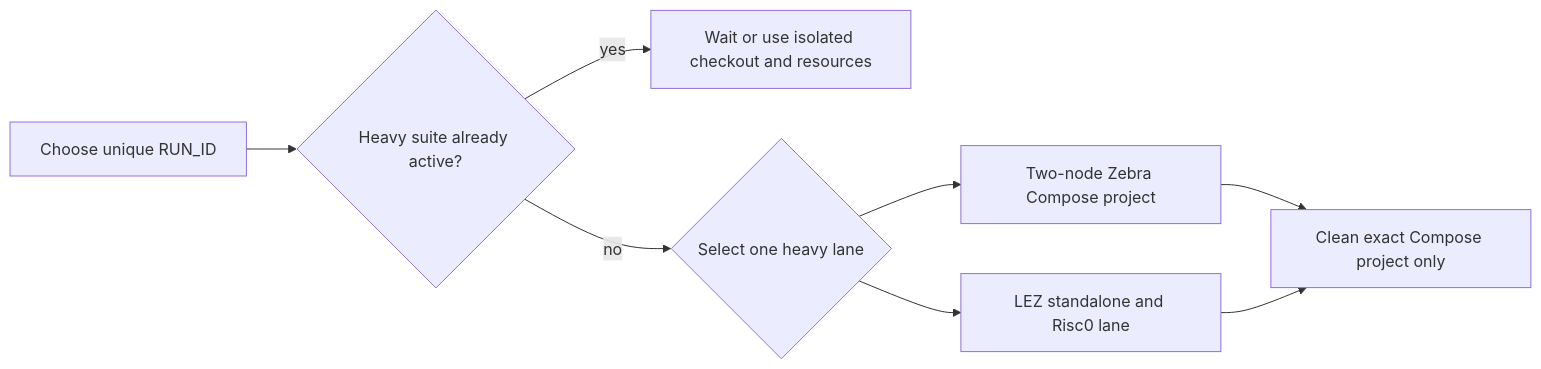
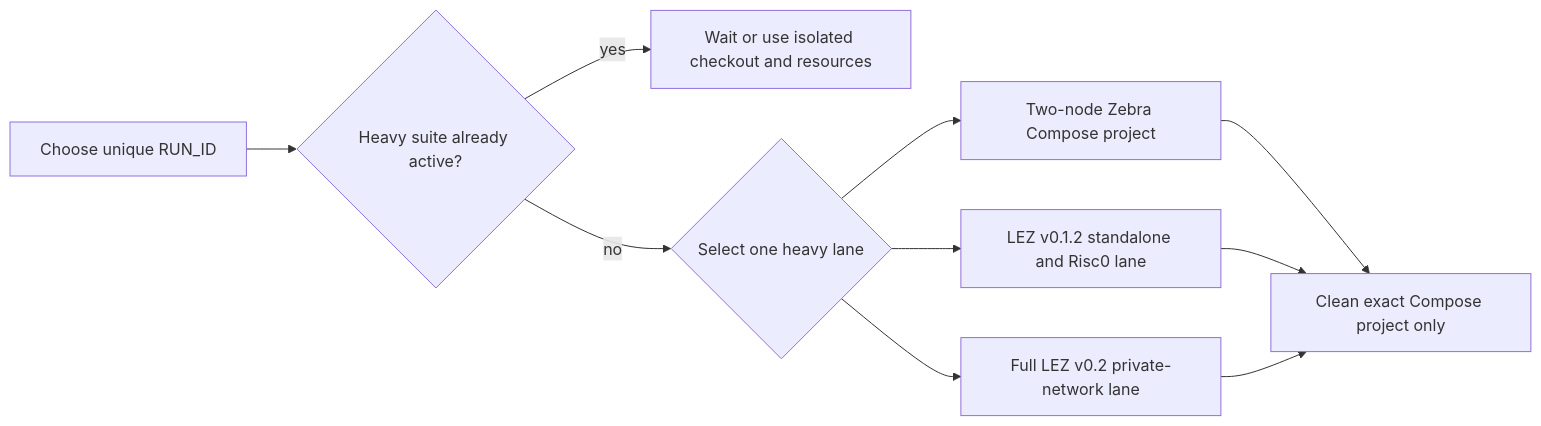
One commit to gateway-fm/lez-atomic-swaps changed the fourth of 4 diagrams in docs/architecture/deployment-components-and-rpcs.md. Above: the diagram before and after it, drawn with Mermaid. The commit also changed other lines of this file and 13 other files, not shown here.

````diff
--- a/docs/architecture/deployment-components-and-rpcs.md
+++ b/docs/architecture/deployment-components-and-rpcs.md
@@ -370,10 +379,12 @@
 ```mermaid
 flowchart LR
     Start["Choose unique RUN_ID"] --> Check{"Heavy suite already active?"}
     Check -->|"yes"| Wait["Wait or use isolated checkout and resources"]
     Check -->|"no"| Choose{"Select one heavy lane"}
     Choose --> Zebra["Two-node Zebra Compose project"]
-    Choose --> Lez["LEZ standalone and Risc0 lane"]
+    Choose --> Lez["LEZ v0.1.2 standalone and Risc0 lane"]
+    Choose --> LezV02["Full LEZ v0.2 private-network lane"]
     Zebra --> ScopedCleanup["Clean exact Compose project only"]
     Lez --> ScopedCleanup
+    LezV02 --> ScopedCleanup
 ```
````
